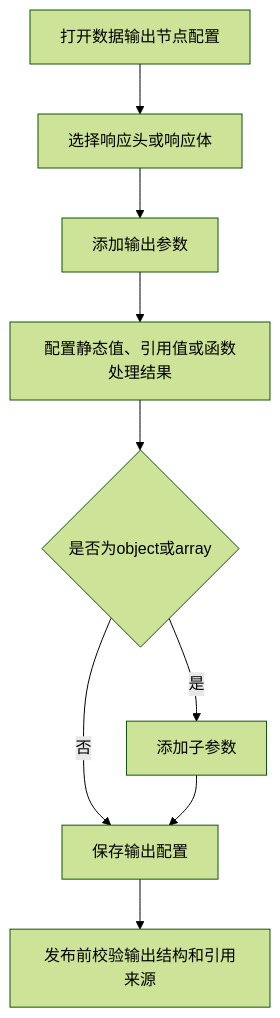
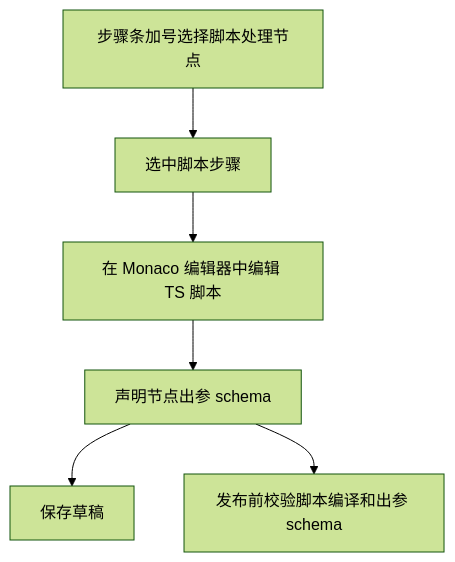
The eighth of 17 diagrams in front/doc/2026年6月文档/连接流配置需求设计说明书.md (THZSummer/open-app), drawn with Mermaid (forest theme) before and after one commit. The commit also changed other lines of this file and 2 other files, not shown here.

````diff
--- a/front/doc/2026年6月文档/连接流配置需求设计说明书.md
+++ b/front/doc/2026年6月文档/连接流配置需求设计说明书.md
@@ -346,11 +381,8 @@
 ```mermaid
 flowchart TD
-  OpenOutput[打开数据输出节点配置] --> SelectOutputTab[选择响应头或响应体]
-  SelectOutputTab --> AddOutputParam[添加输出参数]
-  AddOutputParam --> ConfigureValue[配置静态值、引用值或函数处理结果]
-  ConfigureValue --> ConfigureNested{是否为object或array}
-  ConfigureNested -->|是| AddNested[添加子参数]
-  ConfigureNested -->|否| SaveOutput[保存输出配置]
-  AddNested --> SaveOutput
-  SaveOutput --> PublishValidate[发布前校验输出结构和引用来源]
+  AddScript[步骤条加号选择脚本处理节点] --> OpenScript[选中脚本步骤]
+  OpenScript --> EditScript[在 Monaco 编辑器中编辑 TS 脚本]
+  EditScript --> DefineOutput[声明节点出参 schema]
+  DefineOutput --> SaveDraft[保存草稿]
+  DefineOutput --> PublishValidate[发布前校验脚本编译和出参 schema]
 ```
````
